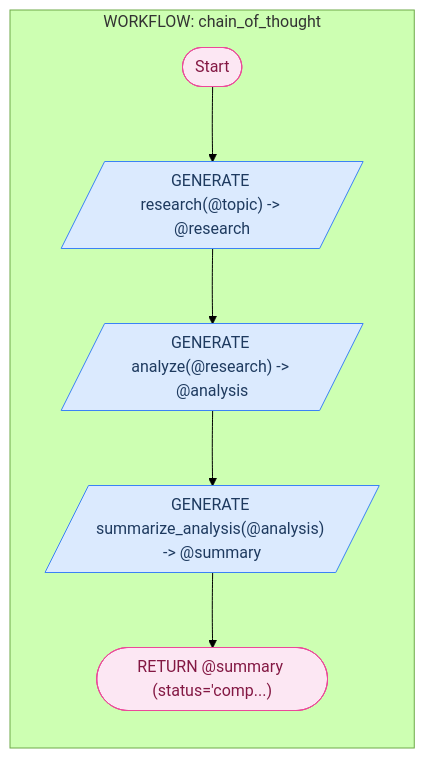
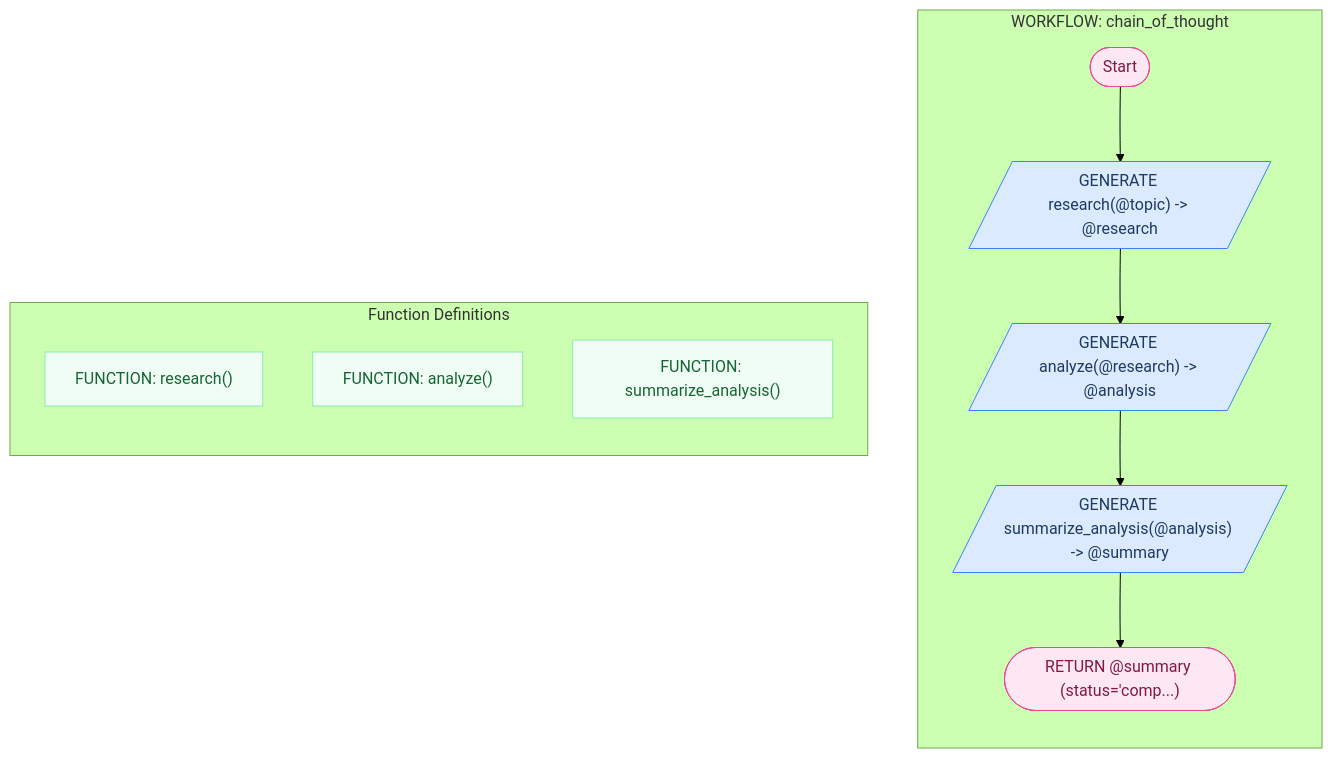
The diagram in cookbook/09_chain_of_thought/mermaid/chain.md (digital-duck/SPL.py), drawn with Mermaid (forest theme) before and after one commit. The commit also changed 334 other files, not shown here.

````diff
--- a/cookbook/09_chain_of_thought/mermaid/chain.md
+++ b/cookbook/09_chain_of_thought/mermaid/chain.md
@@ -7,23 +7,32 @@
 ```mermaid
 flowchart TD
     subgraph SG_chain_of_thought["WORKFLOW: chain_of_thought"]
     direction TB
     START1(["Start"])
     GEN2[/"GENERATE research(@topic) -> @research"/]
     GEN3[/"GENERATE analyze(@research) -> @analysis"/]
     GEN2 --> GEN3
     GEN4[/"GENERATE summarize_analysis(@analysis) -> @summary"/]
     GEN3 --> GEN4
     RET5(["RETURN @summary (status='comp...)"])
     GEN4 --> RET5
     START1 --> GEN2
     end
+    subgraph FUNCTIONS["Function Definitions"]
+    direction TB
+    FN6["FUNCTION: research()"]
+    FN7["FUNCTION: analyze()"]
+    FN8["FUNCTION: summarize_analysis()"]
+    end
     class START1 term
     class GEN2 llm
     class GEN3 llm
     class GEN4 llm
     class RET5 term
+    class FN6 fn
+    class FN7 fn
+    class FN8 fn
     classDef llm fill:#dbeafe,stroke:#3b82f6,color:#1e3a5f
     classDef term fill:#fce7f3,stroke:#ec4899,color:#831843
     classDef fn fill:#f0fdf4,stroke:#86efac,color:#166534
 ```
````
